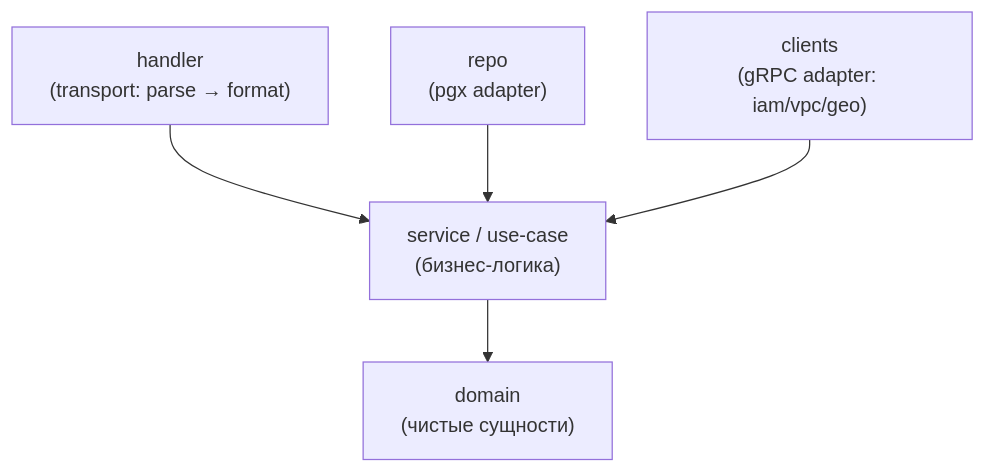
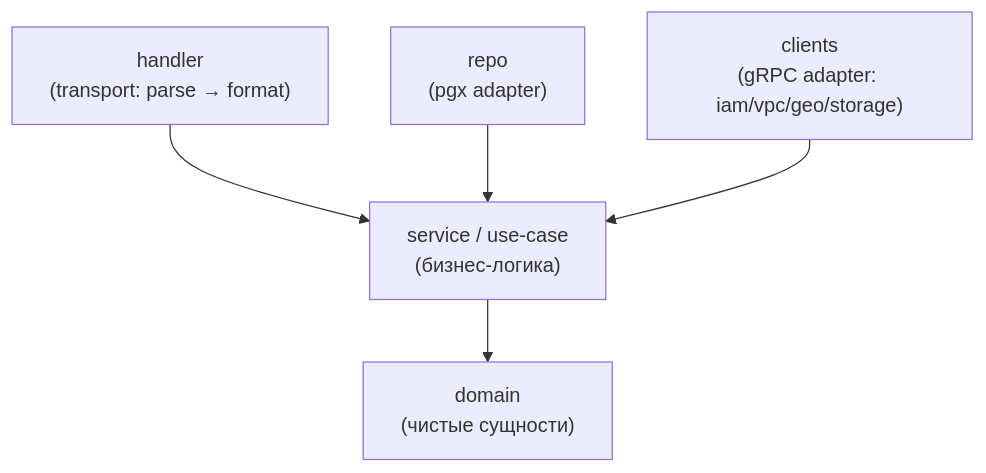
One commit to PRO-Robotech/kacho changed the second of 3 diagrams in services/compute/docs-site/docs/architecture/overview.mdx. Above: the diagram before and after it, drawn with Mermaid. The commit also changed other lines of this file and 8 other files, not shown here.

````diff
--- a/services/compute/docs-site/docs/architecture/overview.mdx
+++ b/services/compute/docs-site/docs/architecture/overview.mdx
@@ -54,7 +64,7 @@
 ```mermaid
 flowchart TD
   h["handler<br/>(transport: parse → format)"] --> s["service / use-case<br/>(бизнес-логика)"]
   r["repo<br/>(pgx adapter)"] --> s
-  c["clients<br/>(gRPC adapter: iam/vpc/geo)"] --> s
+  c["clients<br/>(gRPC adapter: iam/vpc/geo/storage)"] --> s
   s --> d["domain<br/>(чистые сущности)"]
 ```
````
